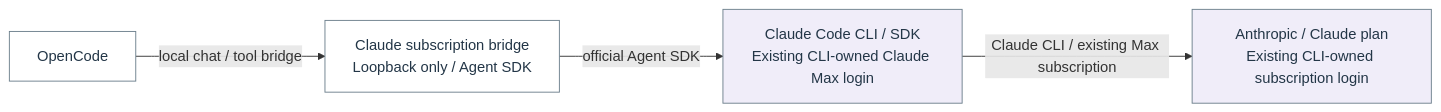
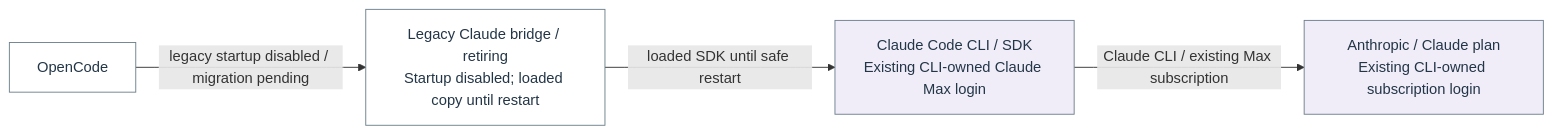
Diagram 17 of 22 in docs/architecture/homelab-mermaid.md (Harsh-2002/Homelab), drawn with Mermaid before and after one commit. The commit also changed other lines of this file and 39 other files, not shown here.

Commit message:
Retire unused Claude bridge startup without restarting active OpenCode

````diff
--- a/docs/architecture/homelab-mermaid.md
+++ b/docs/architecture/homelab-mermaid.md
@@ -537,14 +537,14 @@
 ```mermaid
 flowchart LR
   n_flow_20_0["OpenCode"]
-  n_flow_20_1["Claude subscription bridge<br/>Loopback only / Agent SDK"]
+  n_flow_20_1["Legacy Claude bridge / retiring<br/>Startup disabled; loaded copy until restart"]
   n_flow_20_2["Claude Code CLI / SDK<br/>Existing CLI-owned Claude Max login"]
   n_flow_20_3["Anthropic / Claude plan<br/>Existing CLI-owned subscription login"]
-  n_flow_20_0 -->|"local chat / tool bridge"| n_flow_20_1
-  n_flow_20_1 -->|"official Agent SDK"| n_flow_20_2
+  n_flow_20_0 -->|"legacy startup disabled / migration pending"| n_flow_20_1
+  n_flow_20_1 -->|"loaded SDK until safe restart"| n_flow_20_2
   n_flow_20_2 -->|"Claude CLI / existing Max subscription"| n_flow_20_3
   classDef c_flow_20_0 fill:#ffffff,stroke:#6c7f8c,color:#233647;
   class n_flow_20_0,n_flow_20_1 c_flow_20_0;
   classDef c_flow_20_1 fill:#f0edf9,stroke:#6c7f8c,color:#233647;
   class n_flow_20_2,n_flow_20_3 c_flow_20_1;
 ```
````
